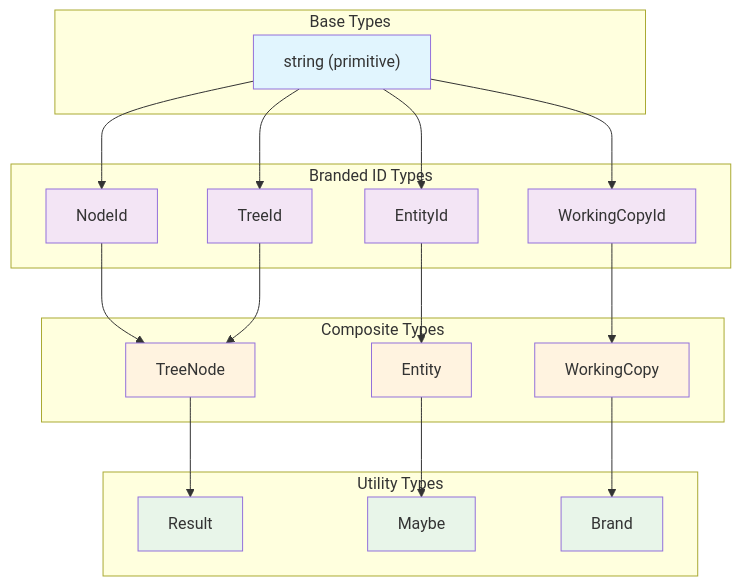
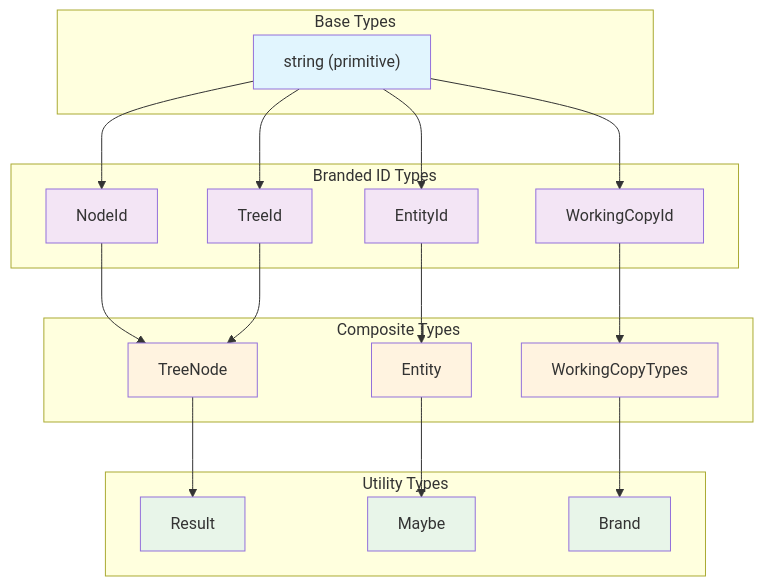
Before and after one commit to kubohiroya/hierarchidb: the first of 7 diagrams in docs/DEVELOPER_REPORT_COMPREHENSIVE/06_COMMON_LIBRARIES.md, drawn with Mermaid. The commit also changed other lines of this file and 452 other files, not shown here.

````diff
--- a/docs/DEVELOPER_REPORT_COMPREHENSIVE/06_COMMON_LIBRARIES.md
+++ b/docs/DEVELOPER_REPORT_COMPREHENSIVE/06_COMMON_LIBRARIES.md
@@ -9,49 +9,49 @@
 ```mermaid
 graph TB
     subgraph "Base Types"
         string["string (primitive)"]
     end
     
     subgraph "Branded ID Types"
         NodeId["NodeId"]
         TreeId["TreeId"]
         EntityId["EntityId"]
         WorkingCopyId["WorkingCopyId"]
     end
     
     subgraph "Composite Types"
         TreeNode["TreeNode"]
         Entity["Entity"]
-        WorkingCopy["WorkingCopy"]
+        WorkingCopyTypes["WorkingCopyTypes"]
     end
     
     subgraph "Utility Types"
         Result["Result<T, E>"]
         Maybe["Maybe<T>"]
         Brand["Brand<T, U>"]
     end
     
     string --> NodeId
     string --> TreeId
     string --> EntityId
     string --> WorkingCopyId
     
     NodeId --> TreeNode
     TreeId --> TreeNode
     EntityId --> Entity
-    WorkingCopyId --> WorkingCopy
+    WorkingCopyId --> WorkingCopyTypes
     
     TreeNode --> Result
     Entity --> Maybe
-    WorkingCopy --> Brand
+    WorkingCopyTypes --> Brand
     
     classDef base fill:#e1f5fe
     classDef branded fill:#f3e5f5
     classDef composite fill:#fff3e0
     classDef utility fill:#e8f5e9
     
     class string base
     class NodeId,TreeId,EntityId,WorkingCopyId branded
-    class TreeNode,Entity,WorkingCopy composite
+    class TreeNode,Entity,WorkingCopyTypes composite
     class Result,Maybe,Brand utility
 ```
````
